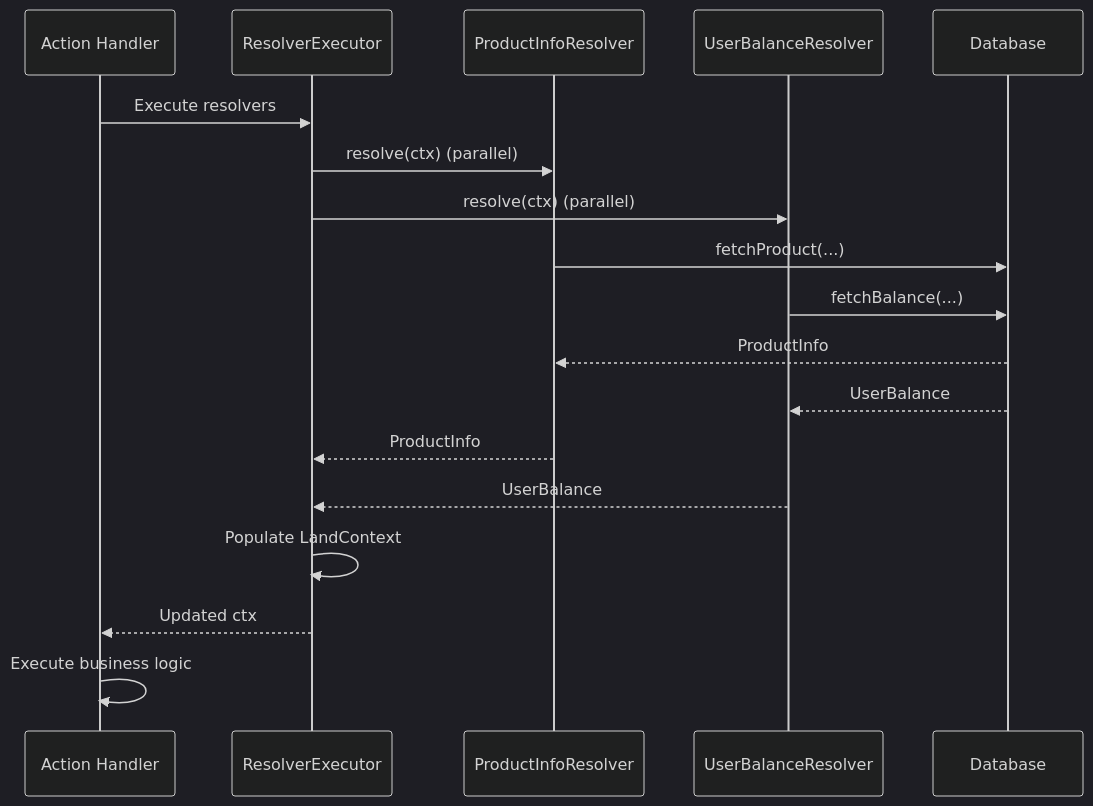
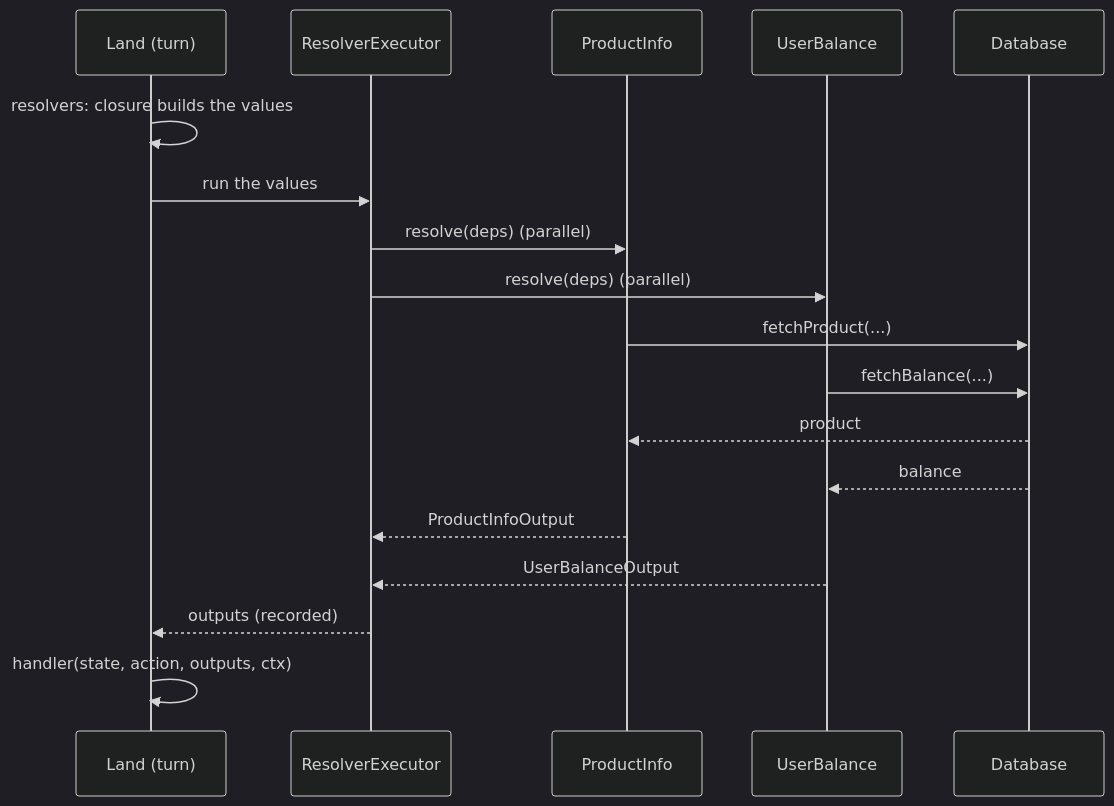
The diagram in docs/core/resolver.md (gmliao/swift-state-tree), drawn with Mermaid (dark theme) before and after one commit. The commit also changed other lines of this file and 16 other files, not shown here.

First line of the commit message:
Docs: resolvers are values, outputs are handler parameters

````diff
--- a/docs/core/resolver.md
+++ b/docs/core/resolver.md
@@ -142,21 +205,21 @@
 ```mermaid
 sequenceDiagram
-    participant Handler as Action Handler
+    participant Land as Land (turn)
     participant Executor as ResolverExecutor
-    participant R1 as ProductInfoResolver
-    participant R2 as UserBalanceResolver
+    participant R1 as ProductInfo
+    participant R2 as UserBalance
     participant DB as Database
-    
-    Handler->>Executor: Execute resolvers
-    Executor->>R1: resolve(ctx) (parallel)
-    Executor->>R2: resolve(ctx) (parallel)
+
+    Land->>Land: resolvers: closure builds the values
+    Land->>Executor: run the values
+    Executor->>R1: resolve(deps) (parallel)
+    Executor->>R2: resolve(deps) (parallel)
     R1->>DB: fetchProduct(...)
     R2->>DB: fetchBalance(...)
-    DB-->>R1: ProductInfo
-    DB-->>R2: UserBalance
-    R1-->>Executor: ProductInfo
-    R2-->>Executor: UserBalance
-    Executor->>Executor: Populate LandContext
-    Executor-->>Handler: Updated ctx
-    Handler->>Handler: Execute business logic
+    DB-->>R1: product
+    DB-->>R2: balance
+    R1-->>Executor: ProductInfoOutput
+    R2-->>Executor: UserBalanceOutput
+    Executor-->>Land: outputs (recorded)
+    Land->>Land: handler(state, action, outputs, ctx)
 ```
````
